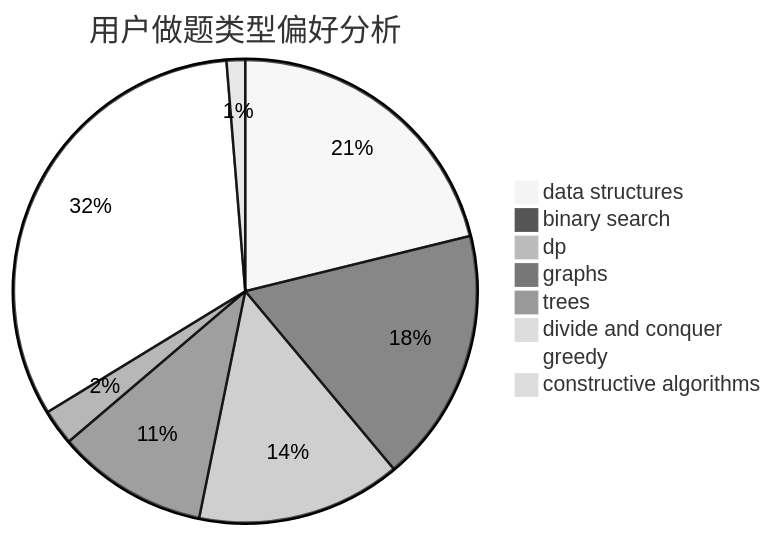
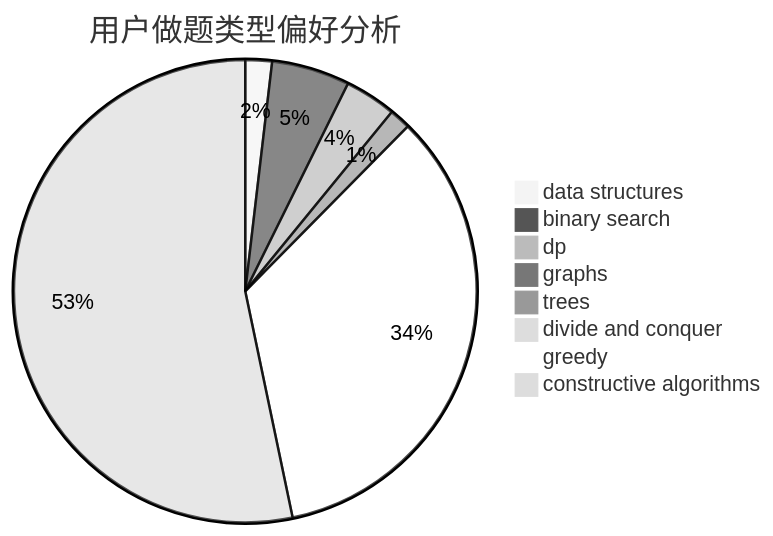
One commit to sherpahu/cfrs.github.io changed the second of 3 diagrams in docs/user/u1264.md. Above: the diagram before and after it, drawn with Mermaid (neutral theme). The commit also changed other lines of this file and 2770 other files, not shown here.

````diff
--- a/docs/user/u1264.md
+++ b/docs/user/u1264.md
@@ -23,11 +23,11 @@
 ```mermaid
 pie title 用户做题类型偏好分析
-    "data structures" :  212
-    "binary search" :  178
-    "dp" :  143
-    "graphs" :  106
-    "trees" :  25
+    "data structures" :  15
+    "binary search" :  44
+    "dp" :  29
+    "graphs" :  7
+    "trees" :  12
     "divide and conquer" :  0
-    "greedy" :  325
-    "constructive algorithms" :  13
+    "greedy" :  277
+    "constructive algorithms" :  430
 ```
````
